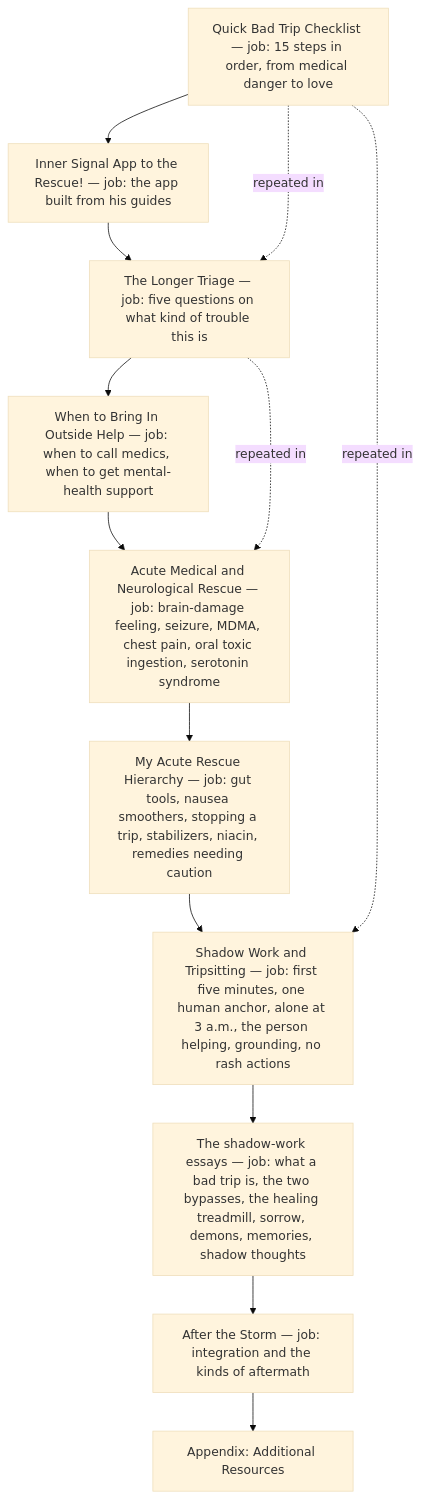
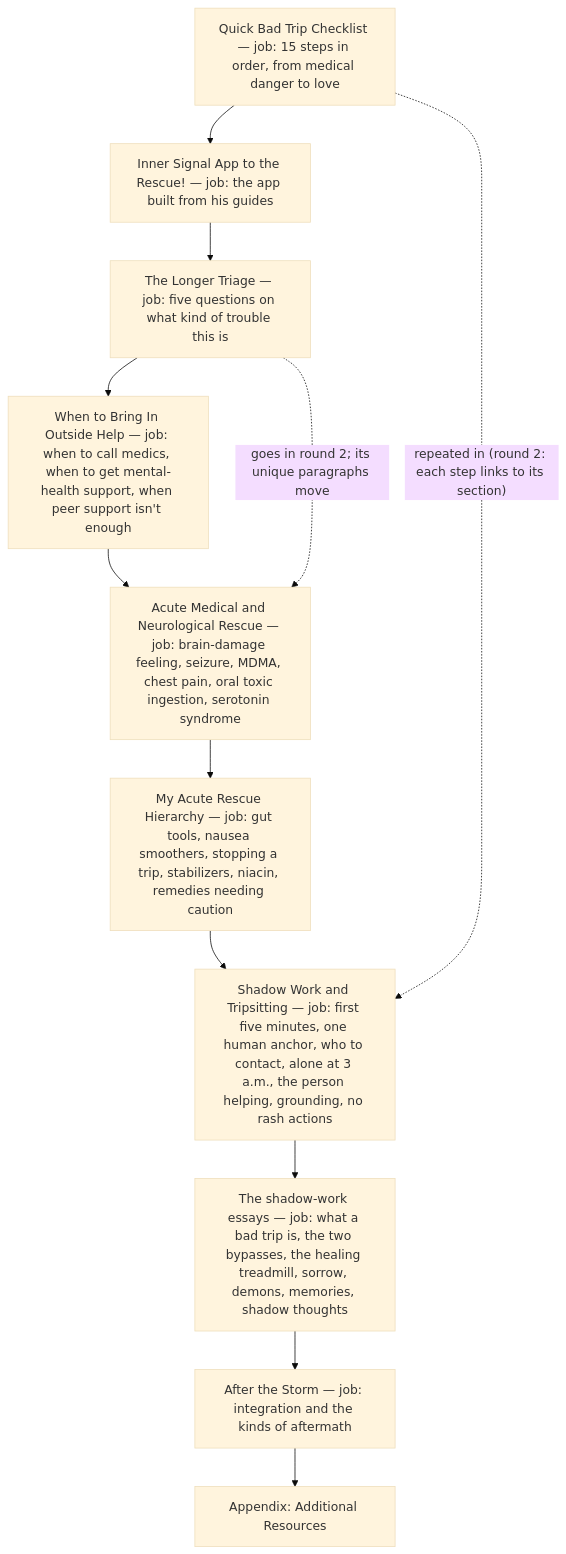
Before and after one commit to u-dont-existDOTcom/joel-articles: the first of 2 diagrams in articles/bad-trips/ARCHITECTURE.md, drawn with Mermaid (base theme). The commit also changed other lines of this file and 30 other files, not shown here.

First line of the commit message:
Bad Trips guide: his round-1 answers in, the baseline's windows, round 2's page; his three new rules (quips, one ordinary, X does not Y) in the shared files

````diff
--- a/articles/bad-trips/ARCHITECTURE.md
+++ b/articles/bad-trips/ARCHITECTURE.md
@@ -16,17 +18,16 @@
 ```mermaid
 flowchart TD
     check["Quick Bad Trip Checklist — job: 15 steps in order, from medical danger to love"]
     app["Inner Signal App to the Rescue! — job: the app built from his guides"]
     triage["The Longer Triage — job: five questions on what kind of trouble this is"]
-    help["When to Bring In Outside Help — job: when to call medics, when to get mental-health support"]
+    help["When to Bring In Outside Help — job: when to call medics, when to get mental-health support, when peer support isn't enough"]
     acute["Acute Medical and Neurological Rescue — job: brain-damage feeling, seizure, MDMA, chest pain, oral toxic ingestion, serotonin syndrome"]
     remedies["My Acute Rescue Hierarchy — job: gut tools, nausea smoothers, stopping a trip, stabilizers, niacin, remedies needing caution"]
-    sit["Shadow Work and Tripsitting — job: first five minutes, one human anchor, alone at 3 a.m., the person helping, grounding, no rash actions"]
+    sit["Shadow Work and Tripsitting — job: first five minutes, one human anchor, who to contact, alone at 3 a.m., the person helping, grounding, no rash actions"]
     essays["The shadow-work essays — job: what a bad trip is, the two bypasses, the healing treadmill, sorrow, demons, memories, shadow thoughts"]
     after["After the Storm — job: integration and the kinds of aftermath"]
     res["Appendix: Additional Resources"]
     check --> app --> triage --> help --> acute --> remedies --> sit --> essays --> after --> res
-    check -. "repeated in" .-> triage
-    check -. "repeated in" .-> sit
-    triage -. "repeated in" .-> acute
+    check -. "repeated in (round 2: each step links to its section)" .-> sit
+    triage -. "goes in round 2; its unique paragraphs move" .-> acute
 ```
````
